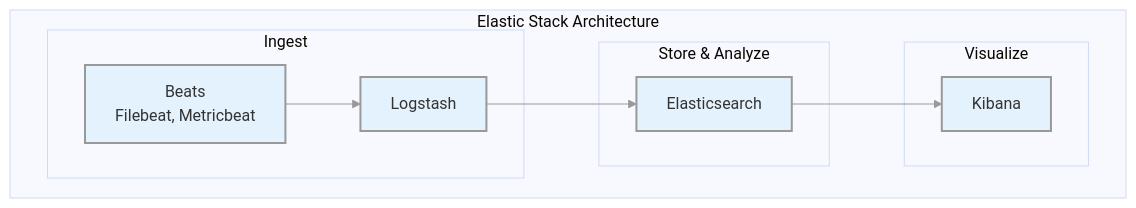
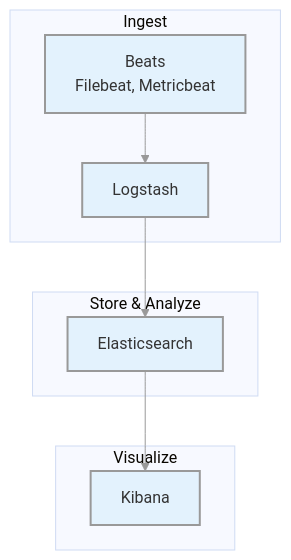
One commit to manojxshrestha/SOC-Analyst-Cheatsheet changed the second of 6 diagrams in 2-Security-Monitoring-SIEM-Fundamentals/README.md. Above: the diagram before and after it, drawn with Mermaid. The commit also changed other lines of this file, not shown here.

````diff
--- a/2-Security-Monitoring-SIEM-Fundamentals/README.md
+++ b/2-Security-Monitoring-SIEM-Fundamentals/README.md
@@ -181,20 +134,18 @@
 ```mermaid
 %%{init: {'theme': 'base', 'themeVariables': { 'lineColor': '#999', 'nodeBorder': '#999'}}}%%
 flowchart TB
-    subgraph "Elastic Stack Architecture"
-        subgraph "Ingest"
-            A[Beats<br/>Filebeat, Metricbeat] --> B[Logstash]
-        end
-        
-        subgraph "Store & Analyze"
-            B --> C[Elasticsearch]
-        end
-        
-        subgraph "Visualize"
-            C --> D[Kibana]
-        end
+    subgraph "Ingest"
+        A[Beats<br/>Filebeat, Metricbeat] --> B[Logstash]
+    end
+    
+    subgraph "Store & Analyze"
+        B --> C[Elasticsearch]
+    end
+    
+    subgraph "Visualize"
+        C --> D[Kibana]
     end
     
     classDef component fill:#e3f2fd,stroke:#999,stroke-width:2px,color:#333;
     class A,B,C,D component;
 ```
````
